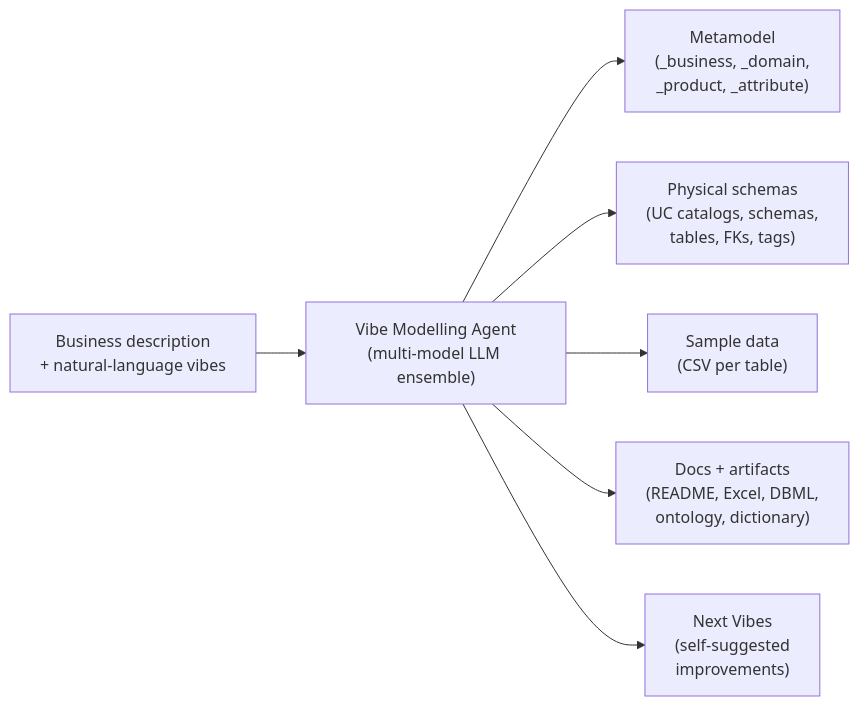
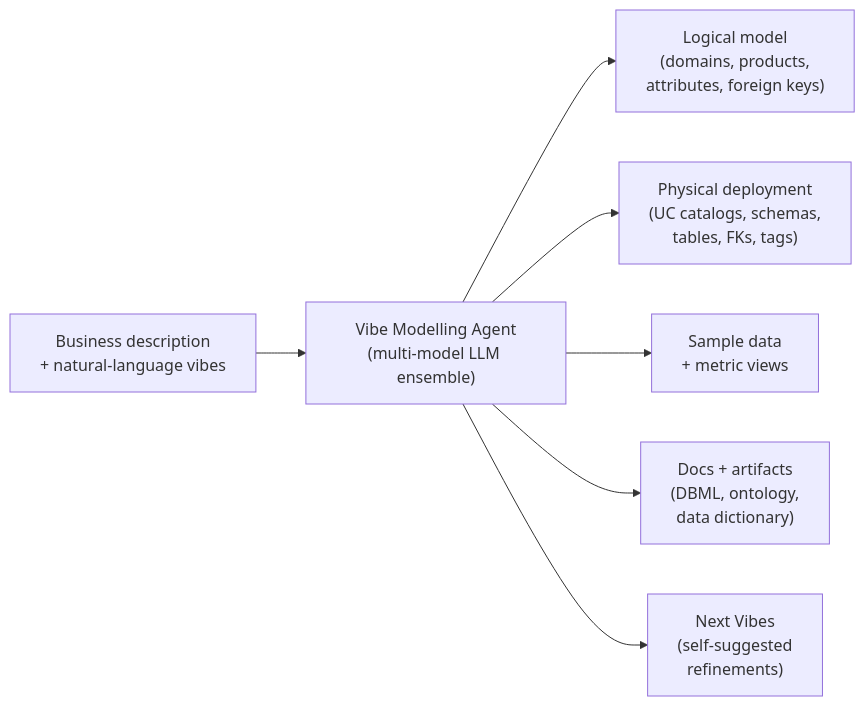
One commit to amralieg/vibe-modelling-agent changed the first of 4 diagrams in readme.md. Above: the diagram before and after it, drawn with Mermaid. The commit also changed other lines of this file, not shown here.

First line of the commit message:
docs(readme): rewrite landing page as product-focused, blog-aligned overview

````diff
--- a/readme.md
+++ b/readme.md
@@ -69,9 +48,9 @@
 ```mermaid
 flowchart LR
     IN["Business description<br/>+ natural-language vibes"] --> AG["Vibe Modelling Agent<br/>(multi-model LLM ensemble)"]
-    AG --> MM["Metamodel<br/>(_business, _domain,<br/>_product, _attribute)"]
-    AG --> PS["Physical schemas<br/>(UC catalogs, schemas,<br/>tables, FKs, tags)"]
-    AG --> SM["Sample data<br/>(CSV per table)"]
-    AG --> DC["Docs + artifacts<br/>(README, Excel, DBML,<br/>ontology, dictionary)"]
-    AG --> NV["Next Vibes<br/>(self-suggested<br/>improvements)"]
+    AG --> MM["Logical model<br/>(domains, products,<br/>attributes, foreign keys)"]
+    AG --> PS["Physical deployment<br/>(UC catalogs, schemas,<br/>tables, FKs, tags)"]
+    AG --> SM["Sample data<br/>+ metric views"]
+    AG --> DC["Docs + artifacts<br/>(DBML, ontology,<br/>data dictionary)"]
+    AG --> NV["Next Vibes<br/>(self-suggested<br/>refinements)"]
 ```
````
